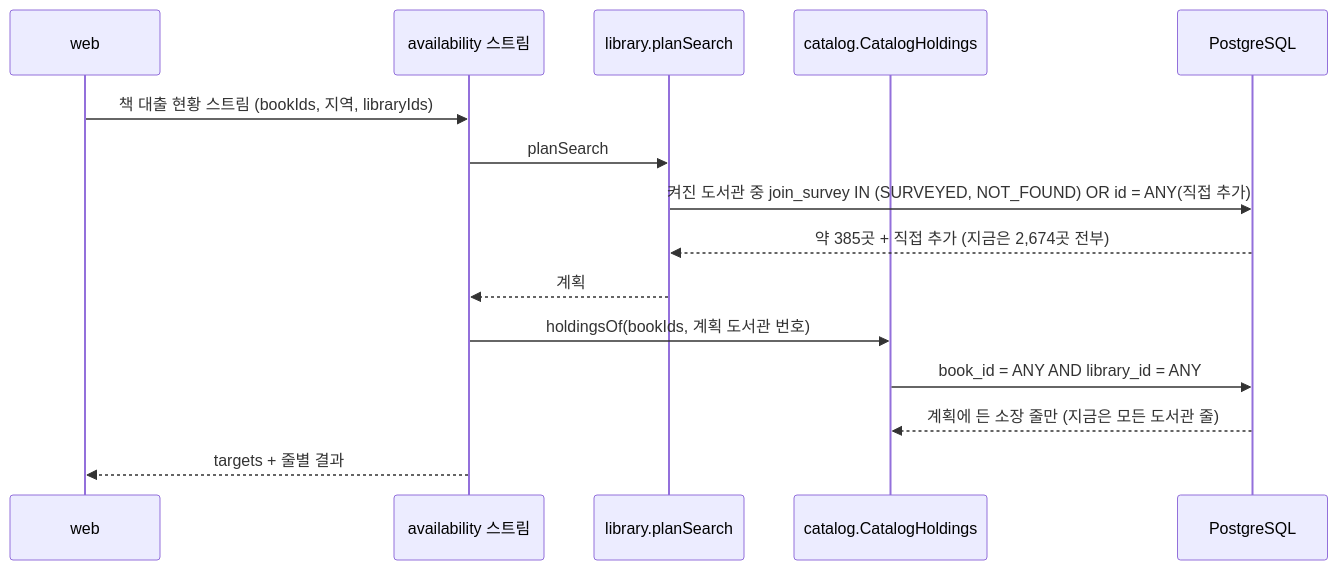
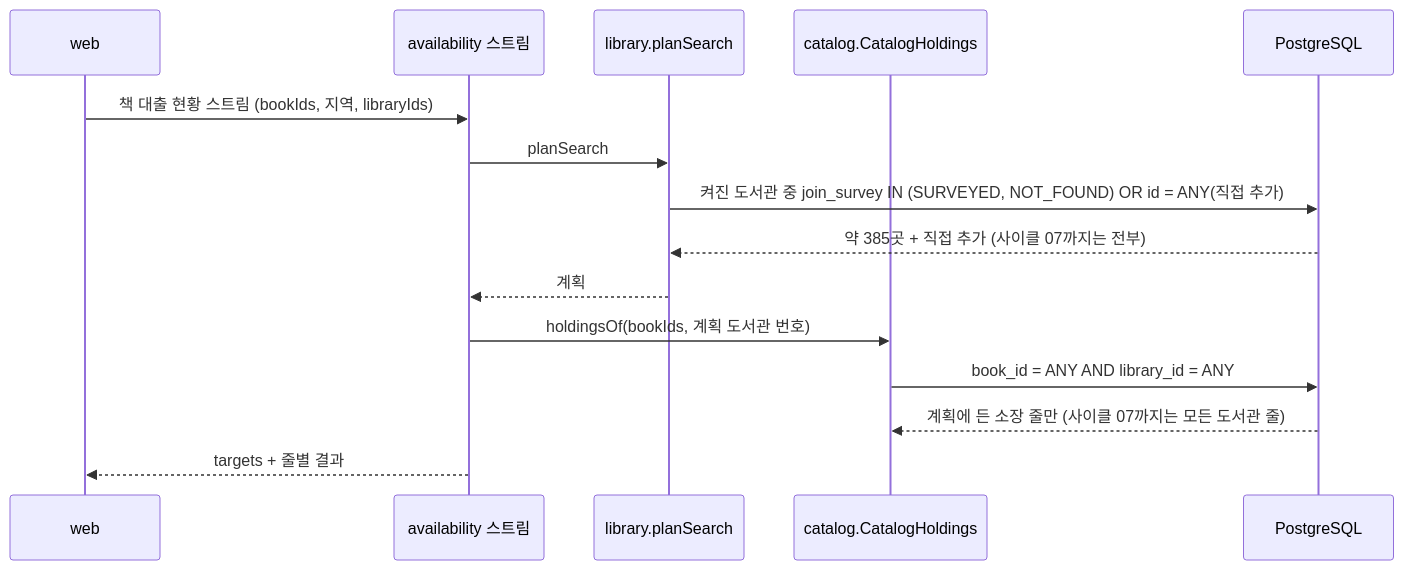
Diagram 22 of 26 in docs/current/flows.md (hodu-sketch/chaekcheck-plan), drawn with Mermaid before and after one commit. The commit also changed other lines of this file and 29 other files, not shown here.

````diff
--- a/docs/current/flows.md
+++ b/docs/current/flows.md
@@ -677,17 +682,17 @@
 ```mermaid
 sequenceDiagram
   participant W as web
   participant A as availability 스트림
   participant L as library.planSearch
   participant C as catalog.CatalogHoldings
   participant DB as PostgreSQL
   W->>A: 책 대출 현황 스트림 (bookIds, 지역, libraryIds)
   A->>L: planSearch
   L->>DB: 켜진 도서관 중 join_survey IN (SURVEYED, NOT_FOUND) OR id = ANY(직접 추가)
-  DB-->>L: 약 385곳 + 직접 추가 (지금은 2,674곳 전부)
+  DB-->>L: 약 385곳 + 직접 추가 (사이클 07까지는 전부)
   L-->>A: 계획
   A->>C: holdingsOf(bookIds, 계획 도서관 번호)
   C->>DB: book_id = ANY AND library_id = ANY
-  DB-->>C: 계획에 든 소장 줄만 (지금은 모든 도서관 줄)
+  DB-->>C: 계획에 든 소장 줄만 (사이클 07까지는 모든 도서관 줄)
   A-->>W: targets + 줄별 결과
 ```
````
